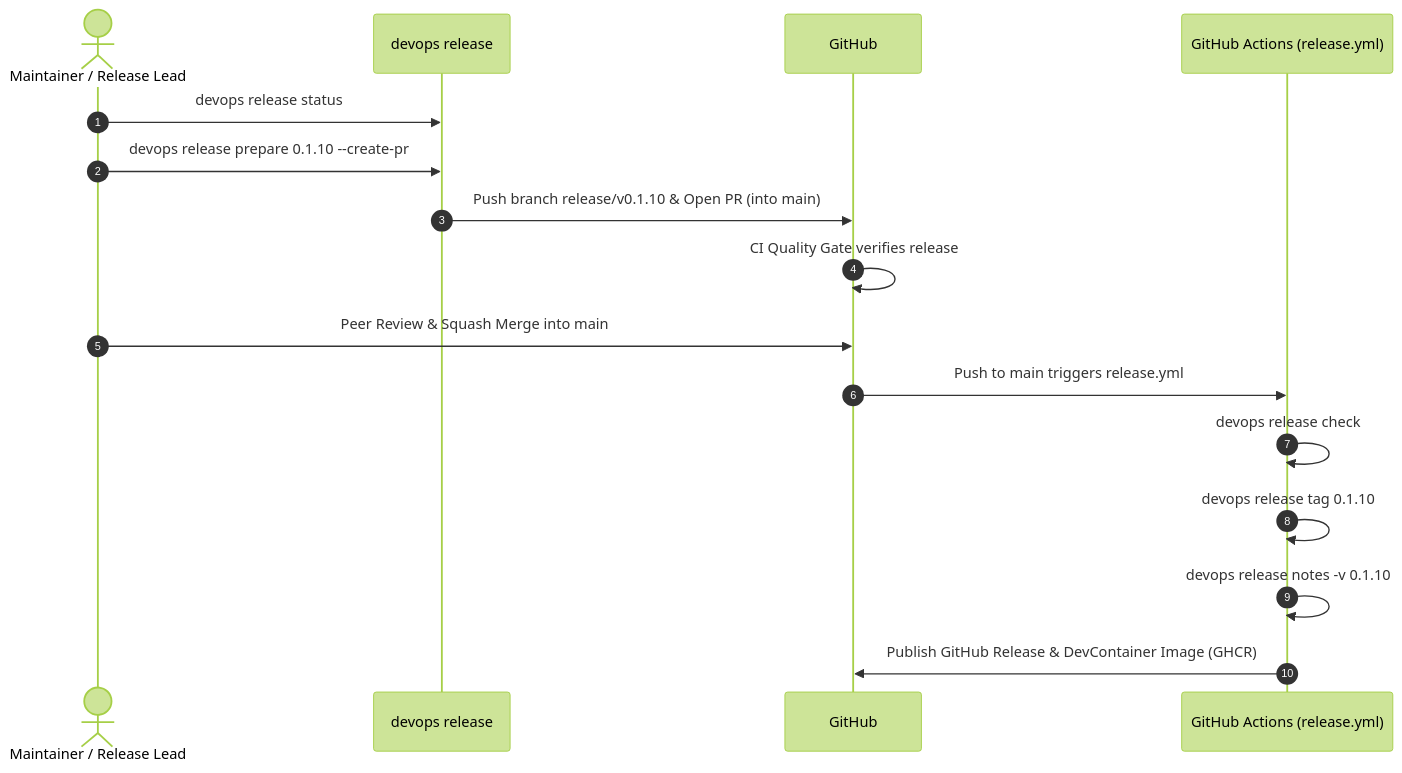
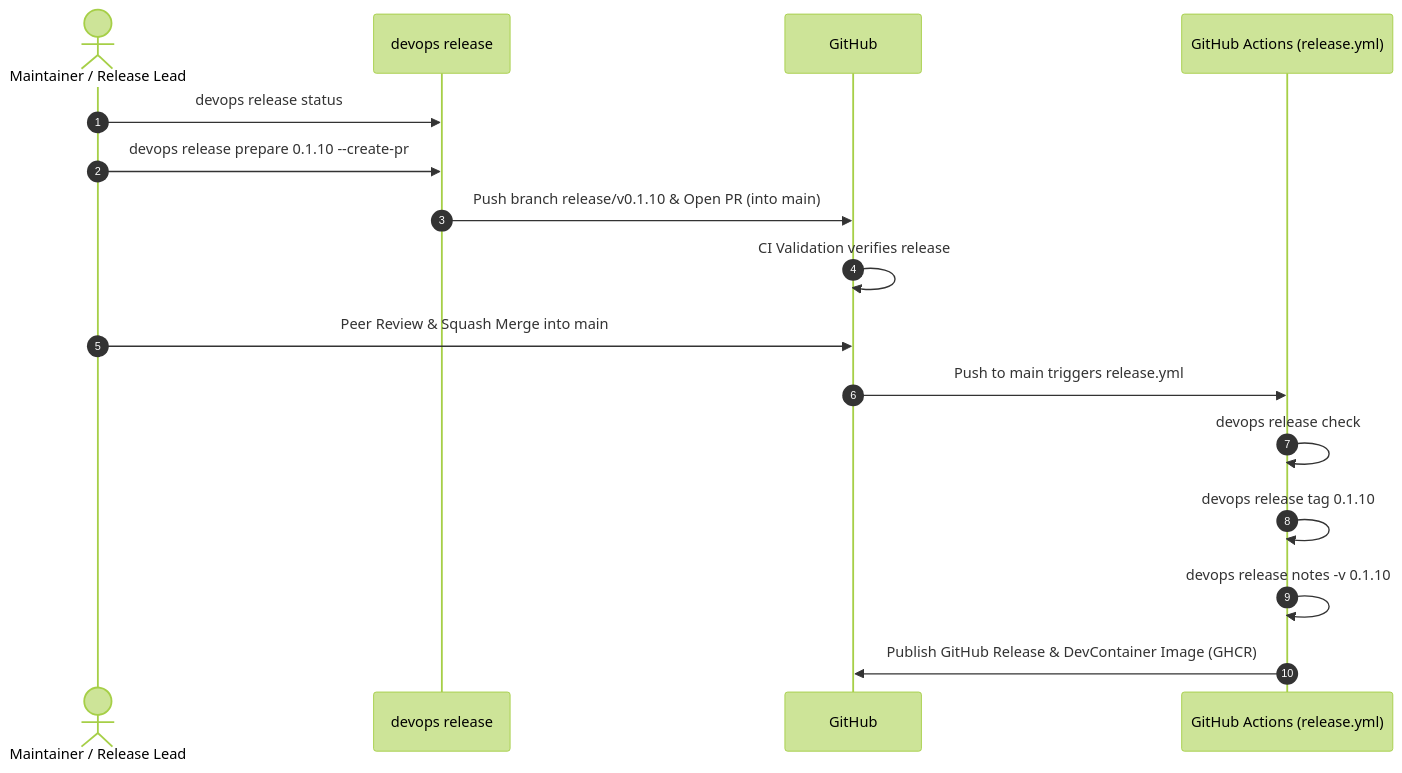
Before and after one commit to dan-petty/devops-cli: the third of 3 diagrams in docs/ROUTINE_TASKS.md, drawn with Mermaid (forest theme). The commit also changed other lines of this file and 6 other files, not shown here.

Commit message:
chore(ci): rename quality-gate job to validate and standardize evergreen validation language

````diff
--- a/docs/ROUTINE_TASKS.md
+++ b/docs/ROUTINE_TASKS.md
@@ -138,19 +138,19 @@
 ```mermaid
 sequenceDiagram
     autonumber
     actor Maintainer as Maintainer / Release Lead
     participant CLI as devops release
     participant Hub as GitHub
     participant CI as GitHub Actions (release.yml)
 
     Maintainer->>CLI: devops release status
     Maintainer->>CLI: devops release prepare 0.1.10 --create-pr
     CLI->>Hub: Push branch release/v0.1.10 & Open PR (into main)
-    Hub->>Hub: CI Quality Gate verifies release
+    Hub->>Hub: CI Validation verifies release
     Maintainer->>Hub: Peer Review & Squash Merge into main
     Hub->>CI: Push to main triggers release.yml
     CI->>CI: devops release check
     CI->>CI: devops release tag 0.1.10
     CI->>CI: devops release notes -v 0.1.10
     CI->>Hub: Publish GitHub Release & DevContainer Image (GHCR)
 ```
````
